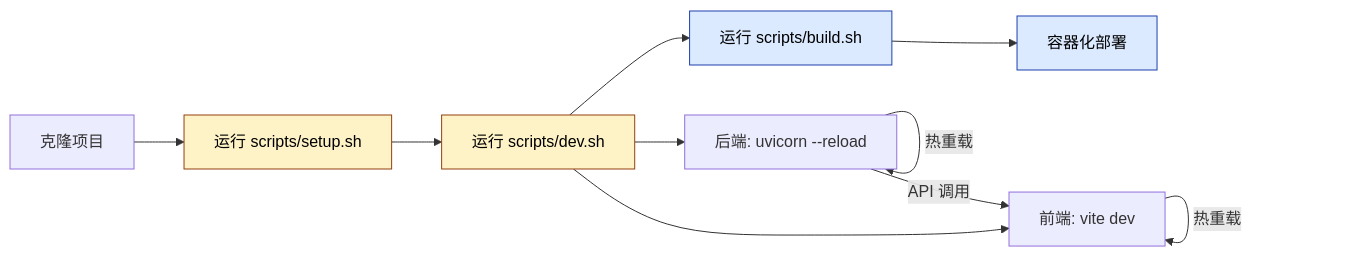
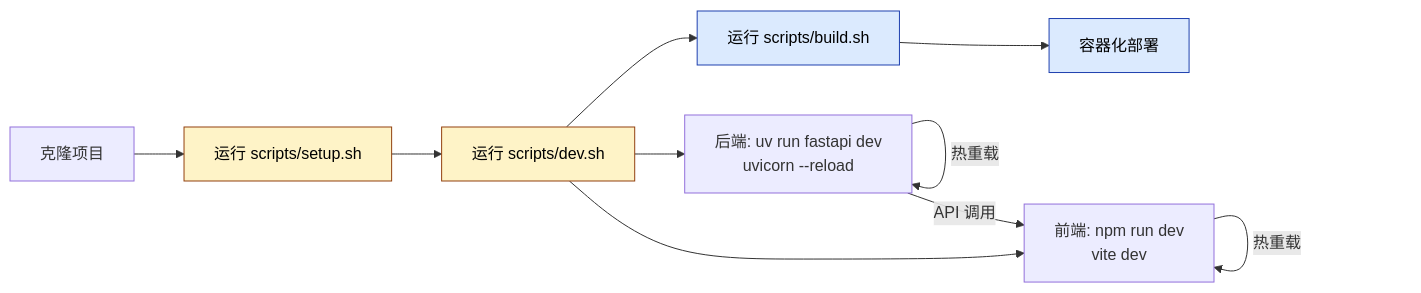
One commit to ThreeFish-AI/negentropy changed the second of 2 diagrams in docs/project-initiation.md. Above: the diagram before and after it, drawn with Mermaid. The commit also changed other lines of this file, not shown here.

````diff
--- a/docs/project-initiation.md
+++ b/docs/project-initiation.md
@@ -61,22 +61,22 @@
 ```mermaid
 flowchart LR
     Start[克隆项目] --> Setup[运行 scripts/setup.sh]
     Setup --> Dev[运行 scripts/dev.sh]
 
-    Dev --> Backend[后端: uvicorn --reload]
-    Dev --> Frontend[前端: vite dev]
+    Dev --> Backend[后端: uv run fastapi dev<br>uvicorn --reload]
+    Dev --> Frontend[前端: npm run dev<br>vite dev]
 
     Backend --> |热重载| Backend
     Frontend --> |热重载| Frontend
 
     Backend --> |API 调用| Frontend
 
     Dev --> Build[运行 scripts/build.sh]
     Build --> Deploy[容器化部署]
 
     classDef dev fill:#FEF3C7,stroke:#92400E,color:#000
     classDef build fill:#DBEAFE,stroke:#1E40AF,color:#000
 
     class Setup,Dev dev
     class Build,Deploy build
 ```
````
